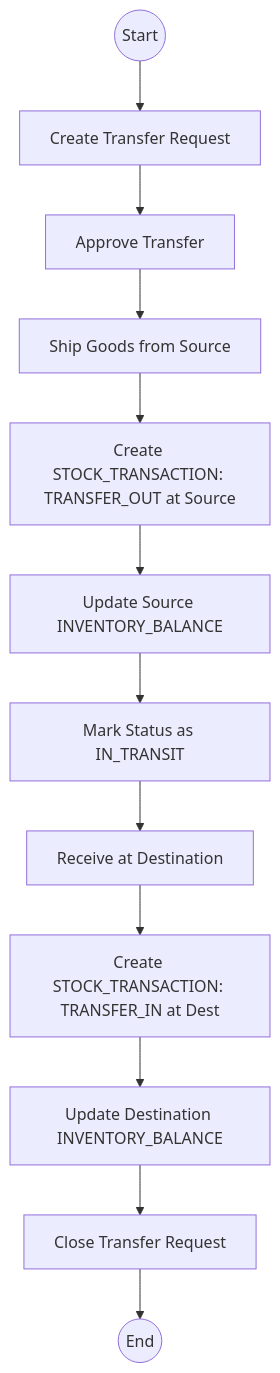
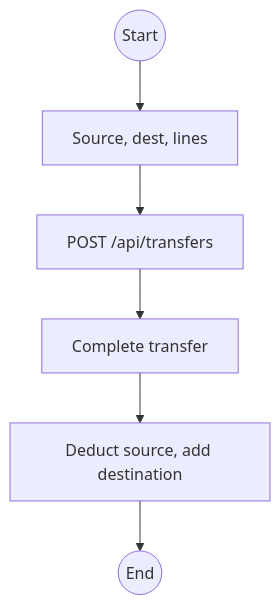
One commit to kirtika-0102/StockSmart changed the sixth of 11 diagrams in docs/application-flow.md. Above: the diagram before and after it, drawn with Mermaid. The commit also changed other lines of this file and 74 other files, not shown here.

Commit message:
architecture of application

````diff
--- a/docs/application-flow.md
+++ b/docs/application-flow.md
@@ -142,14 +70,8 @@
 ```mermaid
 flowchart TD
-    Start((Start)) --> CreateReq[Create Transfer Request]
-    CreateReq --> ApproveReq[Approve Transfer]
-    ApproveReq --> ShipGoods[Ship Goods from Source]
-    ShipGoods --> TransOut[Create STOCK_TRANSACTION: TRANSFER_OUT at Source]
-    TransOut --> UpdateSrc[Update Source INVENTORY_BALANCE]
-    UpdateSrc --> MarkInTransit[Mark Status as IN_TRANSIT]
-    MarkInTransit --> ReceiveDest[Receive at Destination]
-    ReceiveDest --> TransIn[Create STOCK_TRANSACTION: TRANSFER_IN at Dest]
-    TransIn --> UpdateDest[Update Destination INVENTORY_BALANCE]
-    UpdateDest --> CloseTrans[Close Transfer Request]
-    CloseTrans --> End((End))
+    Start((Start)) --> Form[Source, dest, lines]
+    Form --> API[POST /api/transfers]
+    API --> Complete[Complete transfer]
+    Complete --> Svc[Deduct source, add destination]
+    Svc --> End((End))
 ```
````
